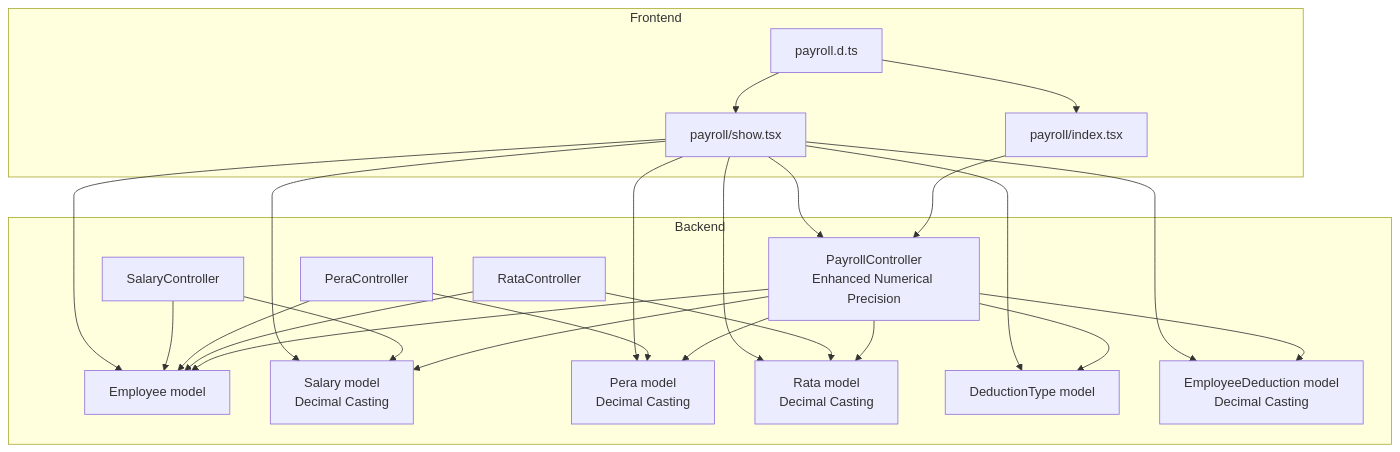
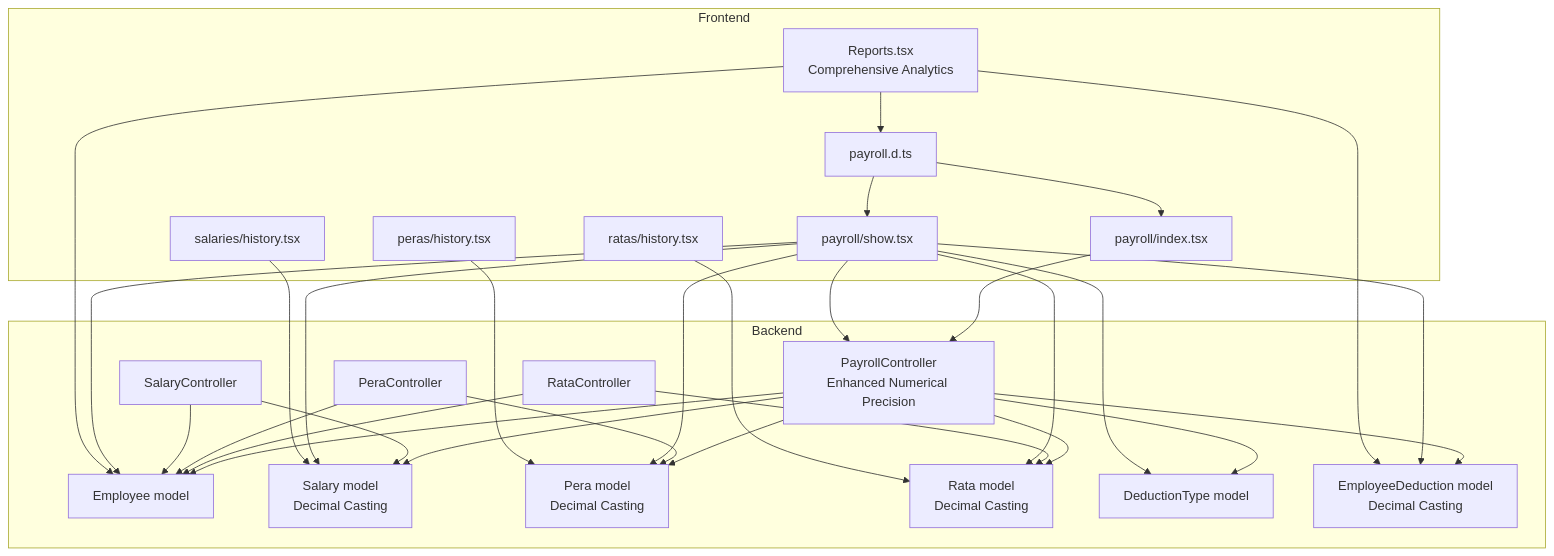
The first of 11 diagrams in .qoder/repowiki/en/content/Payroll System/Payroll System.md (vincet0t15/template), drawn with Mermaid before and after one commit. The commit also changed other lines of this file and 12 other files, not shown here.

````diff
--- a/.qoder/repowiki/en/content/Payroll System/Payroll System.md
+++ b/.qoder/repowiki/en/content/Payroll System/Payroll System.md
@@ -54,42 +65,52 @@
 ```mermaid
 graph TB
 subgraph "Backend"
 PC["PayrollController<br/>Enhanced Numerical Precision"]
 RC["RataController"]
 PEC["PeraController"]
 SC["SalaryController"]
 EM["Employee model"]
 SM["Salary model<br/>Decimal Casting"]
 PM["Pera model<br/>Decimal Casting"]
 RM["Rata model<br/>Decimal Casting"]
 DM["DeductionType model"]
 EDM["EmployeeDeduction model<br/>Decimal Casting"]
 end
 subgraph "Frontend"
 PI["payroll/index.tsx"]
 PS["payroll/show.tsx"]
 PT["payroll.d.ts"]
+REP["Reports.tsx<br/>Comprehensive Analytics"]
+SH["salaries/history.tsx"]
+PH["peras/history.tsx"]
+RH["ratas/history.tsx"]
 end
 PC --> EM
 PC --> SM
 PC --> PM
 PC --> RM
 PC --> EDM
 PC --> DM
 RC --> RM
 RC --> EM
 PEC --> PM
 PEC --> EM
 SC --> SM
 SC --> EM
 PI --> PC
 PS --> PC
 PS --> EM
 PS --> SM
 PS --> PM
 PS --> RM
 PS --> EDM
 PS --> DM
+REP --> EM
+REP --> EDM
+REP --> PT
+SH --> SM
+PH --> PM
+RH --> RM
 PT --> PI
 PT --> PS
 ```
````
